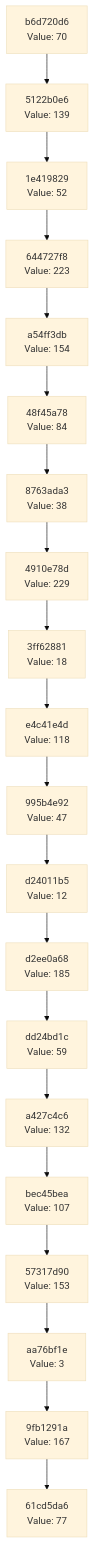
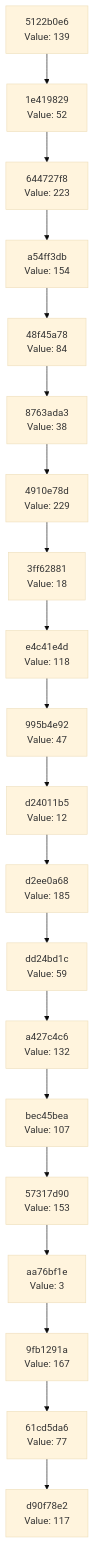
The diagram in docs/CHAIN_VISUALIZATION.md (Abhisheksinha1506/hash-chain-evolver), drawn with Mermaid (base theme) before and after one commit. The commit also changed 2 other files, not shown here.

Commit message:
Evolution Step

````diff
--- a/docs/CHAIN_VISUALIZATION.md
+++ b/docs/CHAIN_VISUALIZATION.md
@@ -3,42 +3,42 @@
 ```mermaid
 graph TD
-    C0["61cd5da6<br/>Value: 77"]
-    C1["9fb1291a<br/>Value: 167"]
+    C0["d90f78e2<br/>Value: 117"]
+    C1["61cd5da6<br/>Value: 77"]
     C1 --> C0
-    C2["aa76bf1e<br/>Value: 3"]
+    C2["9fb1291a<br/>Value: 167"]
     C2 --> C1
-    C3["57317d90<br/>Value: 153"]
+    C3["aa76bf1e<br/>Value: 3"]
     C3 --> C2
-    C4["bec45bea<br/>Value: 107"]
+    C4["57317d90<br/>Value: 153"]
     C4 --> C3
-    C5["a427c4c6<br/>Value: 132"]
+    C5["bec45bea<br/>Value: 107"]
     C5 --> C4
-    C6["dd24bd1c<br/>Value: 59"]
+    C6["a427c4c6<br/>Value: 132"]
     C6 --> C5
-    C7["d2ee0a68<br/>Value: 185"]
+    C7["dd24bd1c<br/>Value: 59"]
     C7 --> C6
-    C8["d24011b5<br/>Value: 12"]
+    C8["d2ee0a68<br/>Value: 185"]
     C8 --> C7
-    C9["995b4e92<br/>Value: 47"]
+    C9["d24011b5<br/>Value: 12"]
     C9 --> C8
-    C10["e4c41e4d<br/>Value: 118"]
+    C10["995b4e92<br/>Value: 47"]
     C10 --> C9
-    C11["3ff62881<br/>Value: 18"]
+    C11["e4c41e4d<br/>Value: 118"]
     C11 --> C10
-    C12["4910e78d<br/>Value: 229"]
+    C12["3ff62881<br/>Value: 18"]
     C12 --> C11
-    C13["8763ada3<br/>Value: 38"]
+    C13["4910e78d<br/>Value: 229"]
     C13 --> C12
-    C14["48f45a78<br/>Value: 84"]
+    C14["8763ada3<br/>Value: 38"]
     C14 --> C13
-    C15["a54ff3db<br/>Value: 154"]
+    C15["48f45a78<br/>Value: 84"]
     C15 --> C14
-    C16["644727f8<br/>Value: 223"]
+    C16["a54ff3db<br/>Value: 154"]
     C16 --> C15
-    C17["1e419829<br/>Value: 52"]
+    C17["644727f8<br/>Value: 223"]
     C17 --> C16
-    C18["5122b0e6<br/>Value: 139"]
+    C18["1e419829<br/>Value: 52"]
     C18 --> C17
-    C19["b6d720d6<br/>Value: 70"]
+    C19["5122b0e6<br/>Value: 139"]
     C19 --> C18
 ```
````
